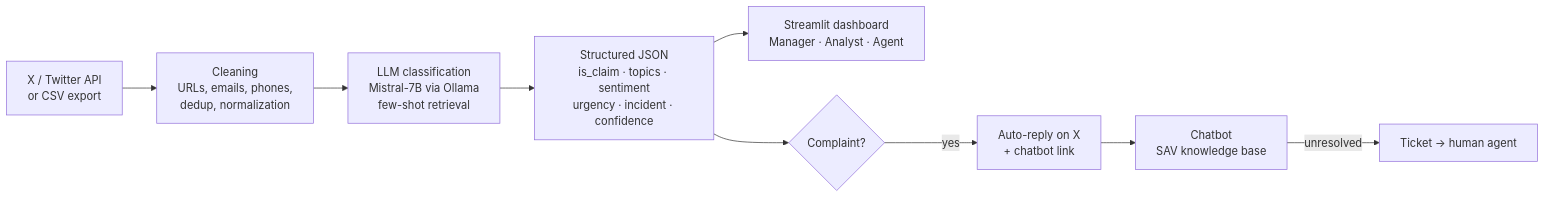
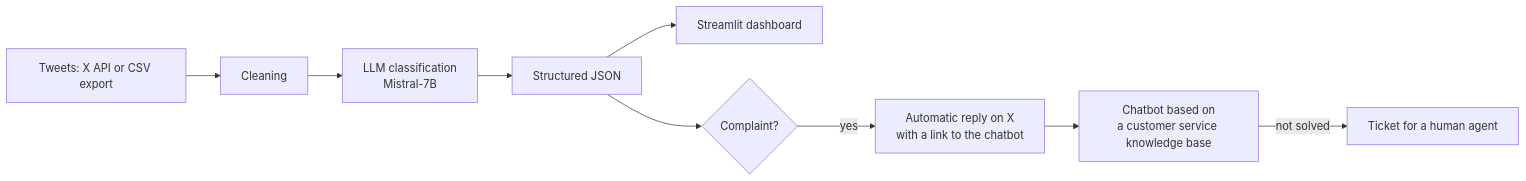
One commit to Yassinech12/free-customer-care-llm changed the diagram in README.md. Above: the diagram before and after it, drawn with Mermaid. The commit also changed other lines of this file, not shown here.

````diff
--- a/README.md
+++ b/README.md
@@ -36,11 +28,11 @@
 ```mermaid
 flowchart LR
-    A[X / Twitter API<br/>or CSV export] --> B[Cleaning<br/>URLs, emails, phones,<br/>dedup, normalization]
-    B --> C[LLM classification<br/>Mistral-7B via Ollama<br/>few-shot retrieval]
-    C --> D[Structured JSON<br/>is_claim · topics · sentiment<br/>urgency · incident · confidence]
-    D --> E[Streamlit dashboard<br/>Manager · Analyst · Agent]
+    A[Tweets: X API or CSV export] --> B[Cleaning]
+    B --> C[LLM classification<br/>Mistral-7B]
+    C --> D[Structured JSON]
+    D --> E[Streamlit dashboard]
     D --> F{Complaint?}
-    F -- yes --> G[Auto-reply on X<br/>+ chatbot link]
-    G --> H[Chatbot<br/>SAV knowledge base]
-    H -- unresolved --> I[Ticket → human agent]
+    F -- yes --> G[Automatic reply on X<br/>with a link to the chatbot]
+    G --> H[Chatbot based on<br/>a customer service knowledge base]
+    H -- not solved --> I[Ticket for a human agent]
 ```
````
